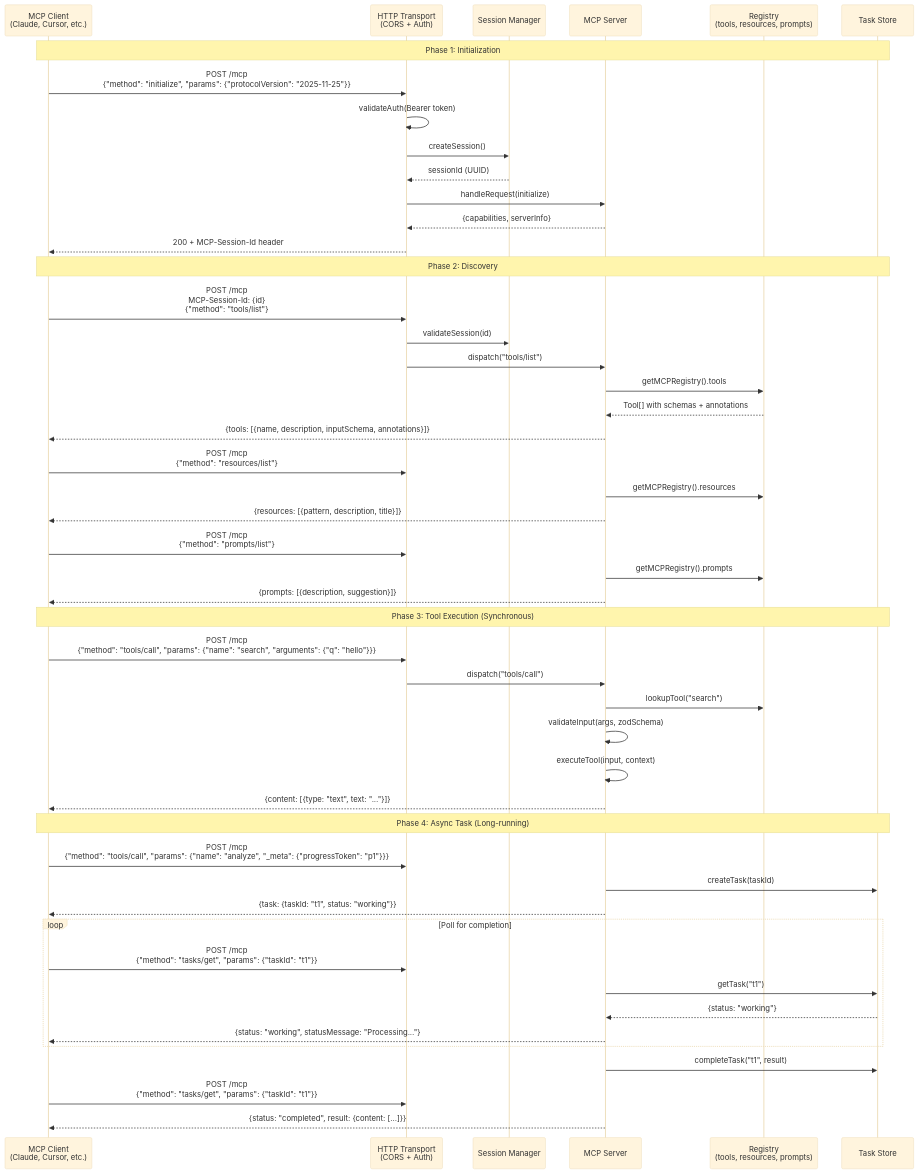
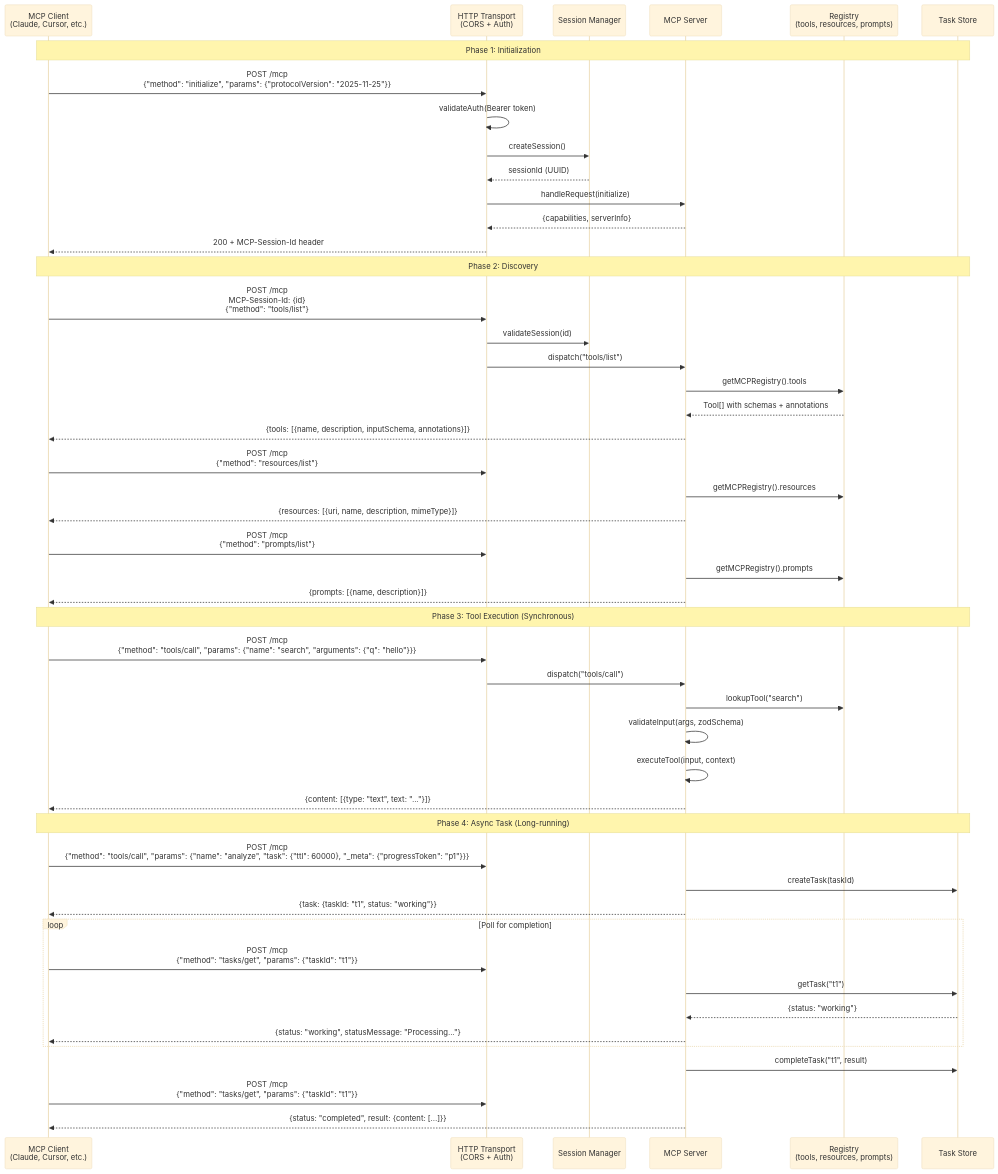
One commit to veryfront/veryfront-code changed the first of 5 diagrams in docs/architecture/04-mcp-servers.md. Above: the diagram before and after it, drawn with Mermaid (base theme). The commit also changed other lines of this file and 28 other files, not shown here.

````diff
--- a/docs/architecture/04-mcp-servers.md
+++ b/docs/architecture/04-mcp-servers.md
@@ -14,58 +14,58 @@
 ```mermaid
 sequenceDiagram
     participant Client as MCP Client<br/>(Claude, Cursor, etc.)
     participant Transport as HTTP Transport<br/>(CORS + Auth)
     participant Session as Session Manager
     participant Server as MCP Server
     participant Registry as Registry<br/>(tools, resources, prompts)
     participant TaskStore as Task Store
 
     Note over Client,TaskStore: Phase 1: Initialization
     Client->>Transport: POST /mcp<br/>{"method": "initialize", "params": {"protocolVersion": "2025-11-25"}}
     Transport->>Transport: validateAuth(Bearer token)
     Transport->>Session: createSession()
     Session-->>Transport: sessionId (UUID)
     Transport->>Server: handleRequest(initialize)
     Server-->>Transport: {capabilities, serverInfo}
     Transport-->>Client: 200 + MCP-Session-Id header
 
     Note over Client,TaskStore: Phase 2: Discovery
     Client->>Transport: POST /mcp<br/>MCP-Session-Id: {id}<br/>{"method": "tools/list"}
     Transport->>Session: validateSession(id)
     Transport->>Server: dispatch("tools/list")
     Server->>Registry: getMCPRegistry().tools
     Registry-->>Server: Tool[] with schemas + annotations
     Server-->>Client: {tools: [{name, description, inputSchema, annotations}]}
 
     Client->>Transport: POST /mcp<br/>{"method": "resources/list"}
     Server->>Registry: getMCPRegistry().resources
-    Server-->>Client: {resources: [{pattern, description, title}]}
+    Server-->>Client: {resources: [{uri, name, description, mimeType}]}
 
     Client->>Transport: POST /mcp<br/>{"method": "prompts/list"}
     Server->>Registry: getMCPRegistry().prompts
-    Server-->>Client: {prompts: [{description, suggestion}]}
+    Server-->>Client: {prompts: [{name, description}]}
 
     Note over Client,TaskStore: Phase 3: Tool Execution (Synchronous)
     Client->>Transport: POST /mcp<br/>{"method": "tools/call", "params": {"name": "search", "arguments": {"q": "hello"}}}
     Transport->>Server: dispatch("tools/call")
     Server->>Registry: lookupTool("search")
     Server->>Server: validateInput(args, zodSchema)
     Server->>Server: executeTool(input, context)
     Server-->>Client: {content: [{type: "text", text: "..."}]}
 
     Note over Client,TaskStore: Phase 4: Async Task (Long-running)
-    Client->>Transport: POST /mcp<br/>{"method": "tools/call", "params": {"name": "analyze", "_meta": {"progressToken": "p1"}}}
+    Client->>Transport: POST /mcp<br/>{"method": "tools/call", "params": {"name": "analyze", "task": {"ttl": 60000}, "_meta": {"progressToken": "p1"}}}
     Server->>TaskStore: createTask(taskId)
     Server-->>Client: {task: {taskId: "t1", status: "working"}}
 
     loop Poll for completion
         Client->>Transport: POST /mcp<br/>{"method": "tasks/get", "params": {"taskId": "t1"}}
         Server->>TaskStore: getTask("t1")
         TaskStore-->>Server: {status: "working"}
         Server-->>Client: {status: "working", statusMessage: "Processing..."}
     end
 
     Server->>TaskStore: completeTask("t1", result)
     Client->>Transport: POST /mcp<br/>{"method": "tasks/get", "params": {"taskId": "t1"}}
     Server-->>Client: {status: "completed", result: {content: [...]}}
 ```
````
